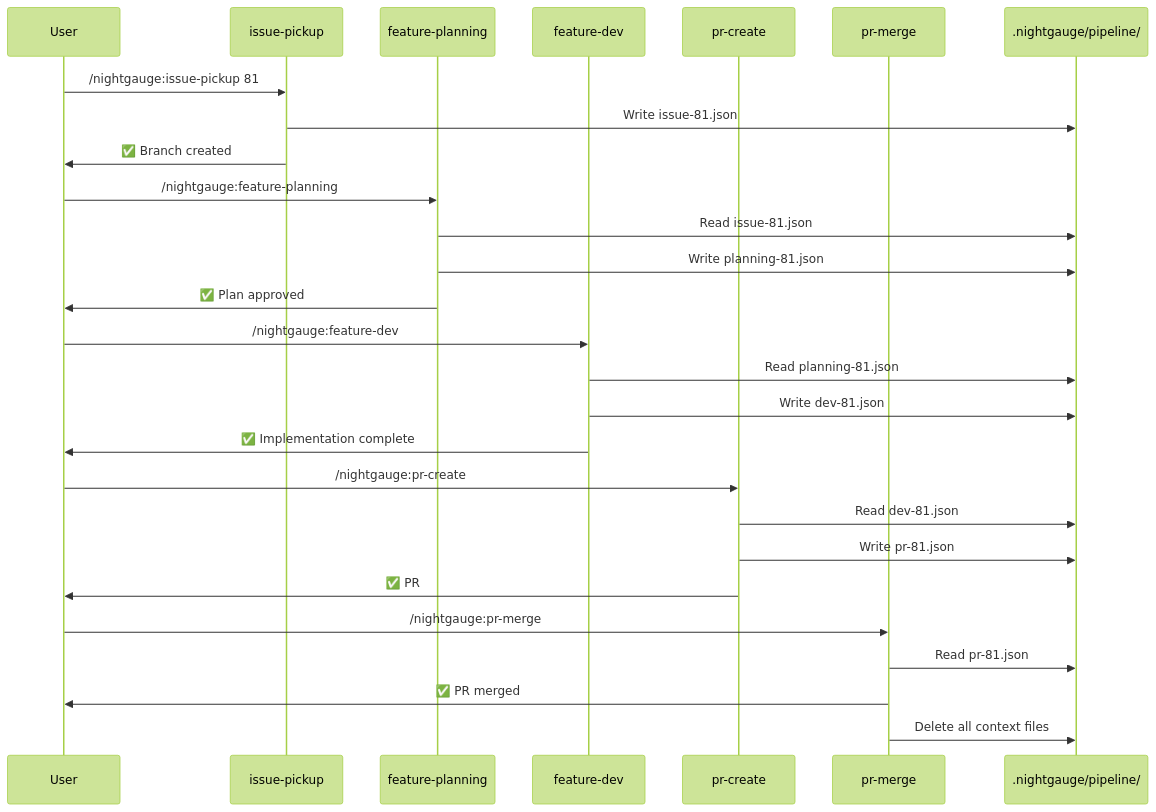
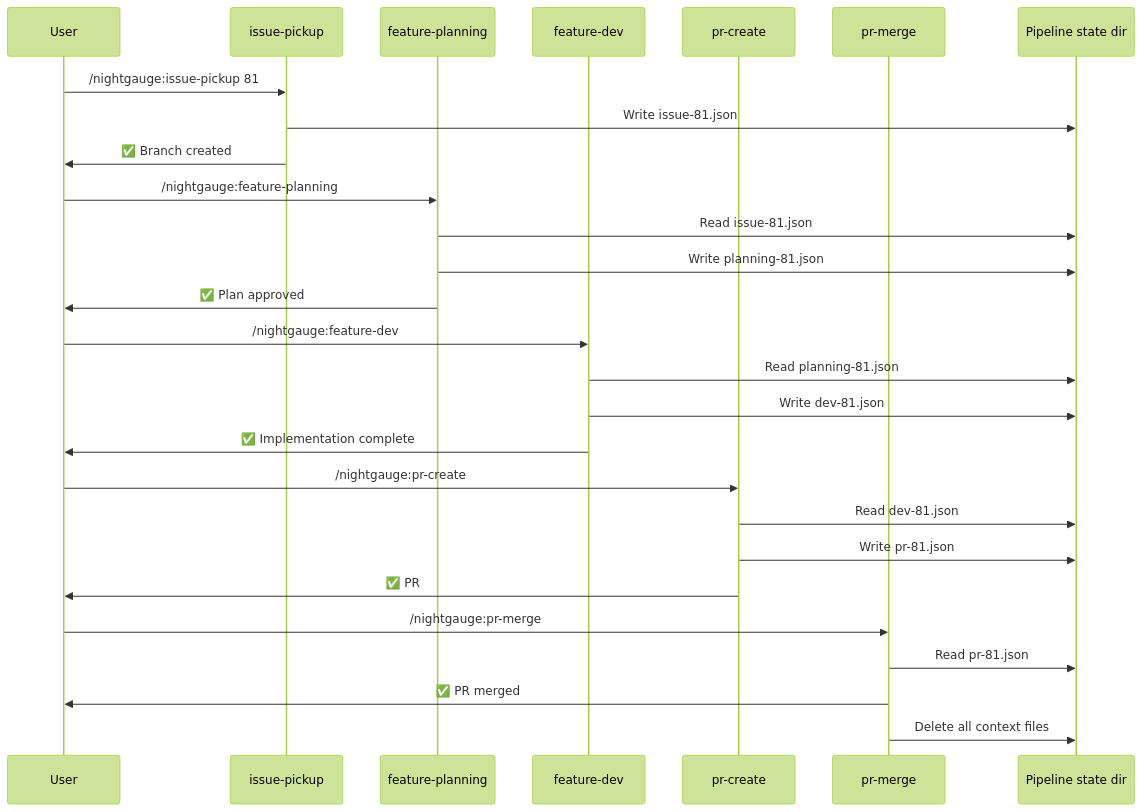
One commit to nightgauge/nightgauge changed the third of 7 diagrams in docs/ARCHITECTURE.md. Above: the diagram before and after it, drawn with Mermaid (forest theme). The commit also changed other lines of this file and 720 other files, not shown here.

````diff
--- a/docs/ARCHITECTURE.md
+++ b/docs/ARCHITECTURE.md
@@ -771,34 +771,34 @@
 ```mermaid
 sequenceDiagram
     participant User
     participant IP as issue-pickup
     participant FP as feature-planning
     participant FD as feature-dev
     participant PC as pr-create
     participant PM as pr-merge
-    participant FS as .nightgauge/pipeline/
+    participant FS as Pipeline state dir
 
     User->>IP: /nightgauge:issue-pickup 81
     IP->>FS: Write issue-81.json
     IP->>User: ✅ Branch created
 
     User->>FP: /nightgauge:feature-planning
     FP->>FS: Read issue-81.json
     FP->>FS: Write planning-81.json
     FP->>User: ✅ Plan approved
 
     User->>FD: /nightgauge:feature-dev
     FD->>FS: Read planning-81.json
     FD->>FS: Write dev-81.json
     FD->>User: ✅ Implementation complete
 
     User->>PC: /nightgauge:pr-create
     PC->>FS: Read dev-81.json
     PC->>FS: Write pr-81.json
     PC->>User: ✅ PR #123 created
 
     User->>PM: /nightgauge:pr-merge
     PM->>FS: Read pr-81.json
     PM->>User: ✅ PR merged
     PM->>FS: Delete all context files
 ```
````
